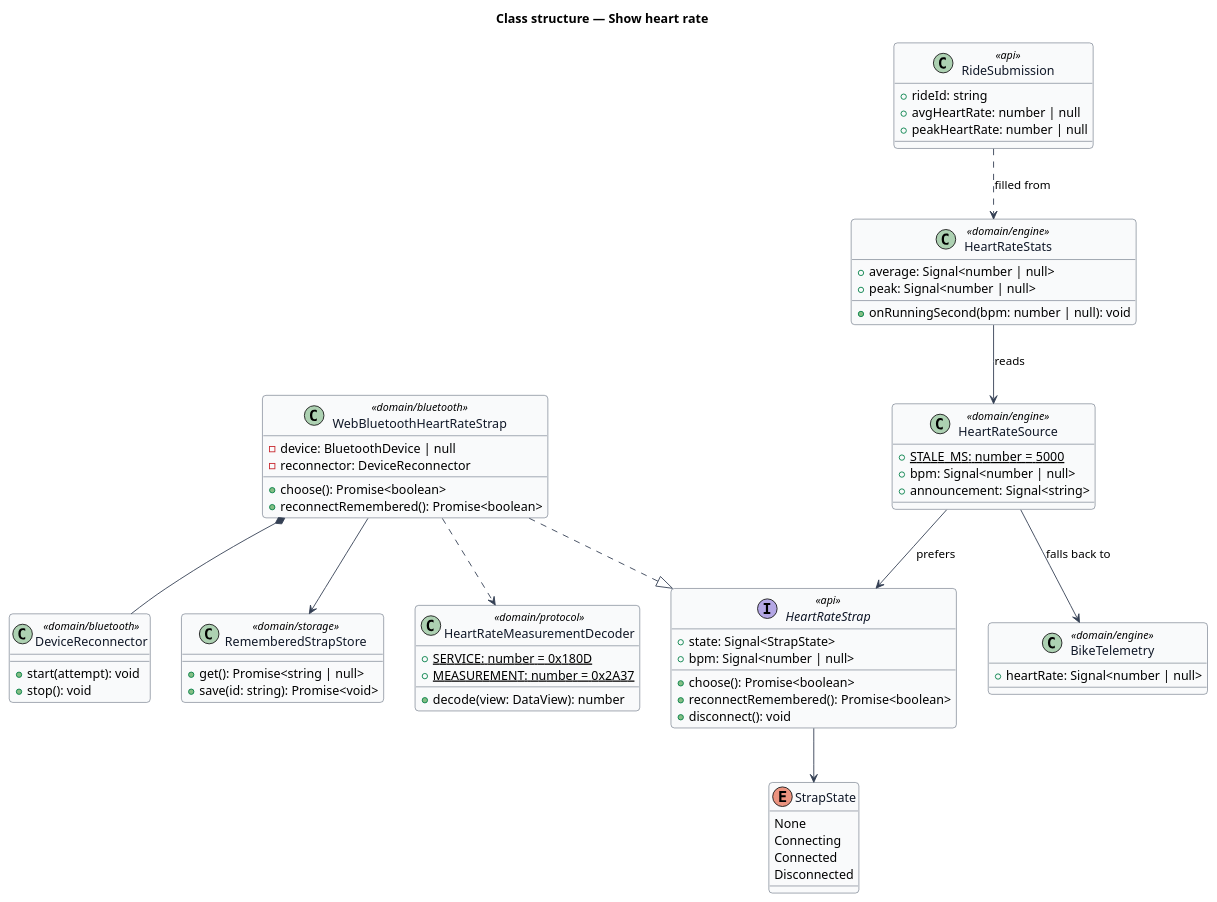
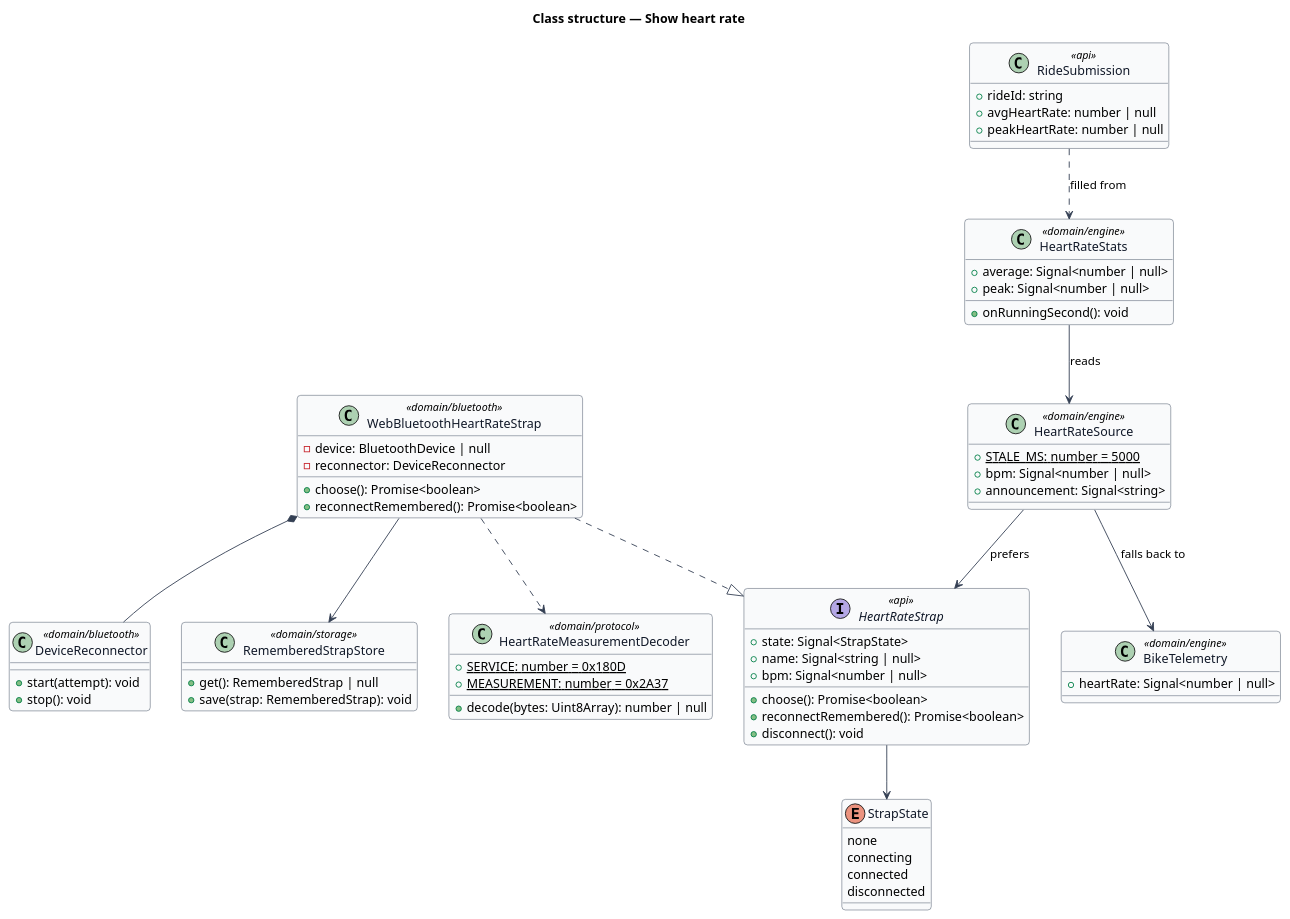
One commit to QuinntyneBrown/ride-one changed the diagram in docs/detailed-designs/bike/show-heart-rate/diagrams/class-structure.puml. Above: the diagram before and after it, drawn with PlantUML. The commit also changed 5 other files, not shown here.

```diff
--- a/docs/detailed-designs/bike/show-heart-rate/diagrams/class-structure.puml
+++ b/docs/detailed-designs/bike/show-heart-rate/diagrams/class-structure.puml
@@ -1,74 +1,75 @@
 @startuml
 ' --- shared skin header ---
 skinparam backgroundColor #FFFFFF
 skinparam shadowing false
 skinparam roundcorner 8
 skinparam defaultFontName Arial
 skinparam ArrowColor #344054
 skinparam class {
   BorderColor #344054
   FontColor #101828
   BackgroundColor #F9FAFB
 }
 ' --------------------------
 title Class structure — Show heart rate
 enum StrapState {
-  None
-  Connecting
-  Connected
-  Disconnected
+  none
+  connecting
+  connected
+  disconnected
 }
 interface HeartRateStrap <<api>> {
   +state: Signal<StrapState>
+  +name: Signal<string | null>
   +bpm: Signal<number | null>
   +choose(): Promise<boolean>
   +reconnectRemembered(): Promise<boolean>
   +disconnect(): void
 }
 class WebBluetoothHeartRateStrap <<domain/bluetooth>> {
   -device: BluetoothDevice | null
   -reconnector: DeviceReconnector
   +choose(): Promise<boolean>
   +reconnectRemembered(): Promise<boolean>
 }
 class HeartRateMeasurementDecoder <<domain/protocol>> {
   +{static} SERVICE: number = 0x180D
   +{static} MEASUREMENT: number = 0x2A37
-  +decode(view: DataView): number
+  +decode(bytes: Uint8Array): number | null
 }
 class DeviceReconnector <<domain/bluetooth>> {
   +start(attempt): void
   +stop(): void
 }
 class HeartRateSource <<domain/engine>> {
   +{static} STALE_MS: number = 5000
   +bpm: Signal<number | null>
   +announcement: Signal<string>
 }
 class HeartRateStats <<domain/engine>> {
   +average: Signal<number | null>
   +peak: Signal<number | null>
-  +onRunningSecond(bpm: number | null): void
+  +onRunningSecond(): void
 }
 class BikeTelemetry <<domain/engine>> {
   +heartRate: Signal<number | null>
 }
 class RideSubmission <<api>> {
   +rideId: string
   +avgHeartRate: number | null
   +peakHeartRate: number | null
 }
 class RememberedStrapStore <<domain/storage>> {
-  +get(): Promise<string | null>
-  +save(id: string): Promise<void>
+  +get(): RememberedStrap | null
+  +save(strap: RememberedStrap): void
 }
 WebBluetoothHeartRateStrap ..|> HeartRateStrap
 WebBluetoothHeartRateStrap ..> HeartRateMeasurementDecoder
 WebBluetoothHeartRateStrap *-- DeviceReconnector
 WebBluetoothHeartRateStrap --> RememberedStrapStore
 HeartRateStrap --> StrapState
 HeartRateSource --> HeartRateStrap : prefers
 HeartRateSource --> BikeTelemetry : falls back to
 HeartRateStats --> HeartRateSource : reads
 RideSubmission ..> HeartRateStats : filled from
 @enduml
```
